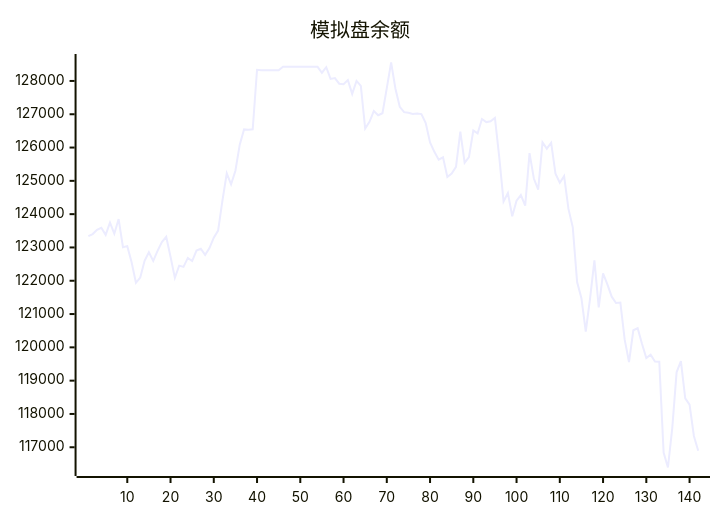
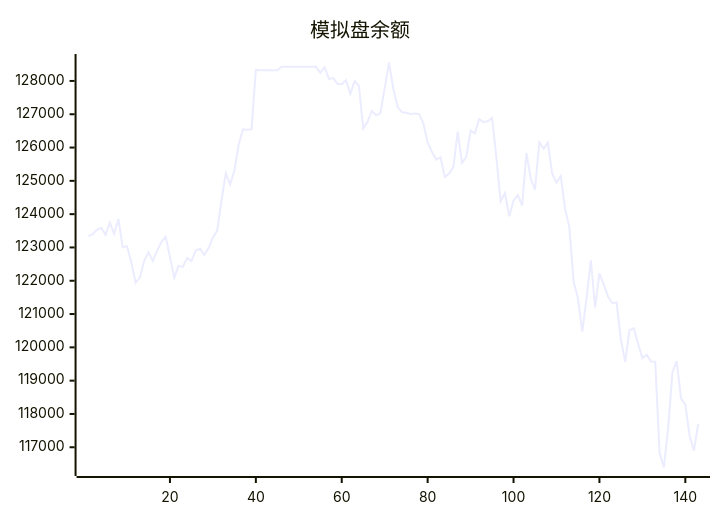
One commit to aahl/ai-trading changed the diagram in README.md. Above: the diagram before and after it, drawn with Mermaid. The commit also changed other lines of this file and 1 other file, not shown here.

````diff
--- a/README.md
+++ b/README.md
@@ -5,5 +5,5 @@
 ```mermaid
 xychart
     title "模拟盘余额"
-    line [123338,123402,123530,123592,123378,123745,123413,123853,123009,123040,122557,121938,122095,122599,122856,122597,122898,123160,123319,122719,122087,122454,122416,122685,122592,122907,122961,122776,122981,123295,123507,124403,125224,124894,125303,126088,126544,126534,126549,128335,128318,128318,128318,128318,128318,128424,128424,128424,128424,128424,128424,128424,128424,128424,128247,128412,128062,128087,127917,127901,128026,127611,128000,127850,126572,126770,127100,126971,127029,127783,128554,127765,127224,127064,127044,127009,127025,127004,126738,126152,125871,125635,125707,125117,125217,125420,126480,125545,125715,126511,126424,126856,126764,126788,126890,125710,124381,124632,123936,124402,124574,124256,125833,125070,124739,126154,125966,126145,125213,124943,125143,124157,123604,121959,121476,120476,121470,122610,121201,122221,121889,121522,121332,121344,120232,119559,120513,120577,120108,119680,119777,119572,119568,116839,116392,117573,119250,119585,118469,118277,117338,116897]
+    line [123338,123402,123530,123592,123378,123745,123413,123853,123009,123040,122557,121938,122095,122599,122856,122597,122898,123160,123319,122719,122087,122454,122416,122685,122592,122907,122961,122776,122981,123295,123507,124403,125224,124894,125303,126088,126544,126534,126549,128335,128318,128318,128318,128318,128318,128424,128424,128424,128424,128424,128424,128424,128424,128424,128247,128412,128062,128087,127917,127901,128026,127611,128000,127850,126572,126770,127100,126971,127029,127783,128554,127765,127224,127064,127044,127009,127025,127004,126738,126152,125871,125635,125707,125117,125217,125420,126480,125545,125715,126511,126424,126856,126764,126788,126890,125710,124381,124632,123936,124402,124574,124256,125833,125070,124739,126154,125966,126145,125213,124943,125143,124157,123604,121959,121476,120476,121470,122610,121201,122221,121889,121522,121332,121344,120232,119559,120513,120577,120108,119680,119777,119572,119568,116839,116392,117573,119250,119585,118469,118277,117338,116897,117706]
 ```
````
